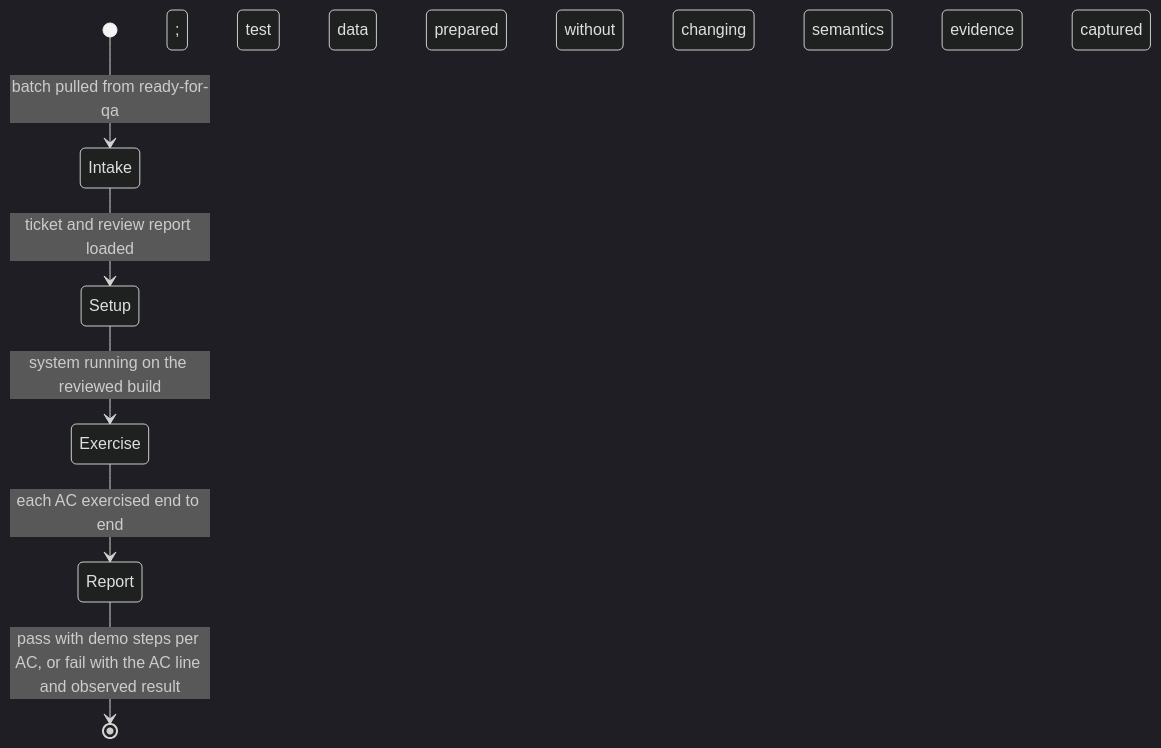
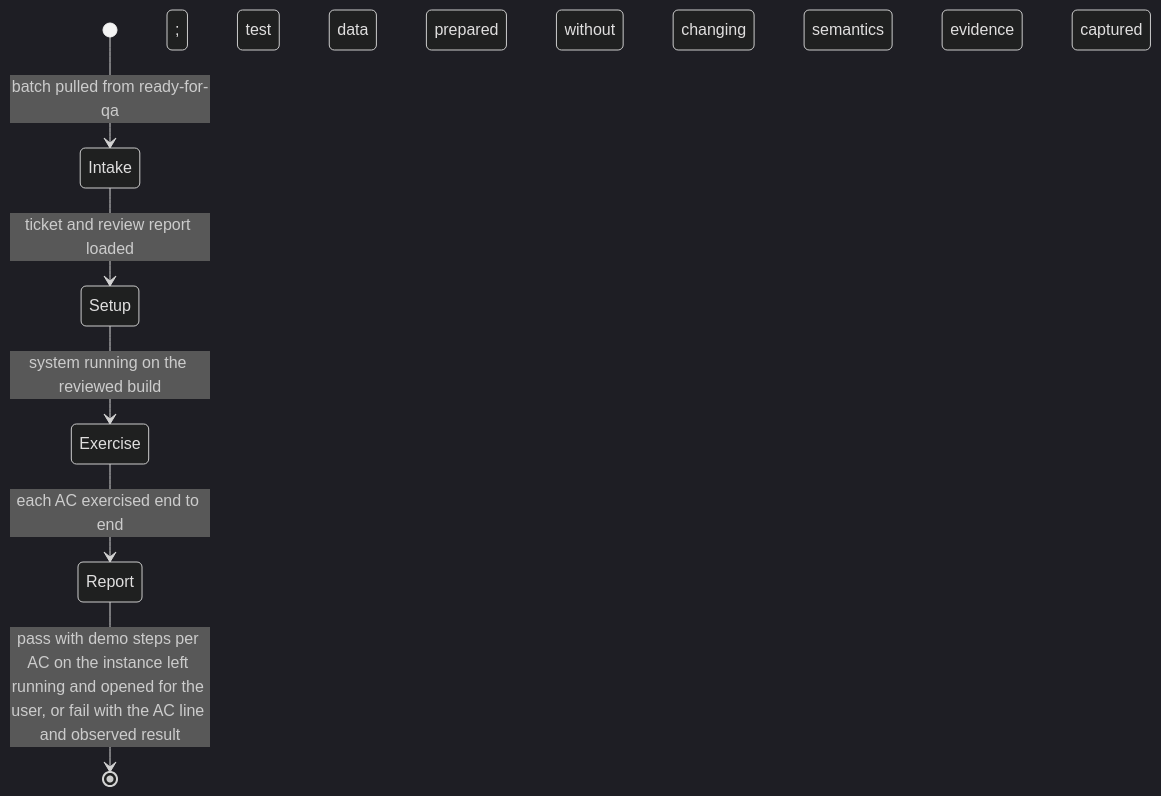
The diagram in ai/agent-skills/role-qa/SKILL.md (disusered/dotfiles-universal), drawn with Mermaid (dark theme) before and after one commit. The commit also changed 4 other files, not shown here.

````diff
--- a/ai/agent-skills/role-qa/SKILL.md
+++ b/ai/agent-skills/role-qa/SKILL.md
@@ -17,8 +17,8 @@
 ```mermaid
 stateDiagram-v2
   [*] --> Intake: batch pulled from ready-for-qa
   Intake --> Setup: ticket and review report loaded
   Setup --> Exercise: system running on the reviewed build; test data prepared without changing semantics
   Exercise --> Report: each AC exercised end to end; evidence captured
-  Report --> [*]: pass with demo steps per AC, or fail with the AC line and observed result
+  Report --> [*]: pass with demo steps per AC on the instance left running and opened for the user, or fail with the AC line and observed result
 ```
````
